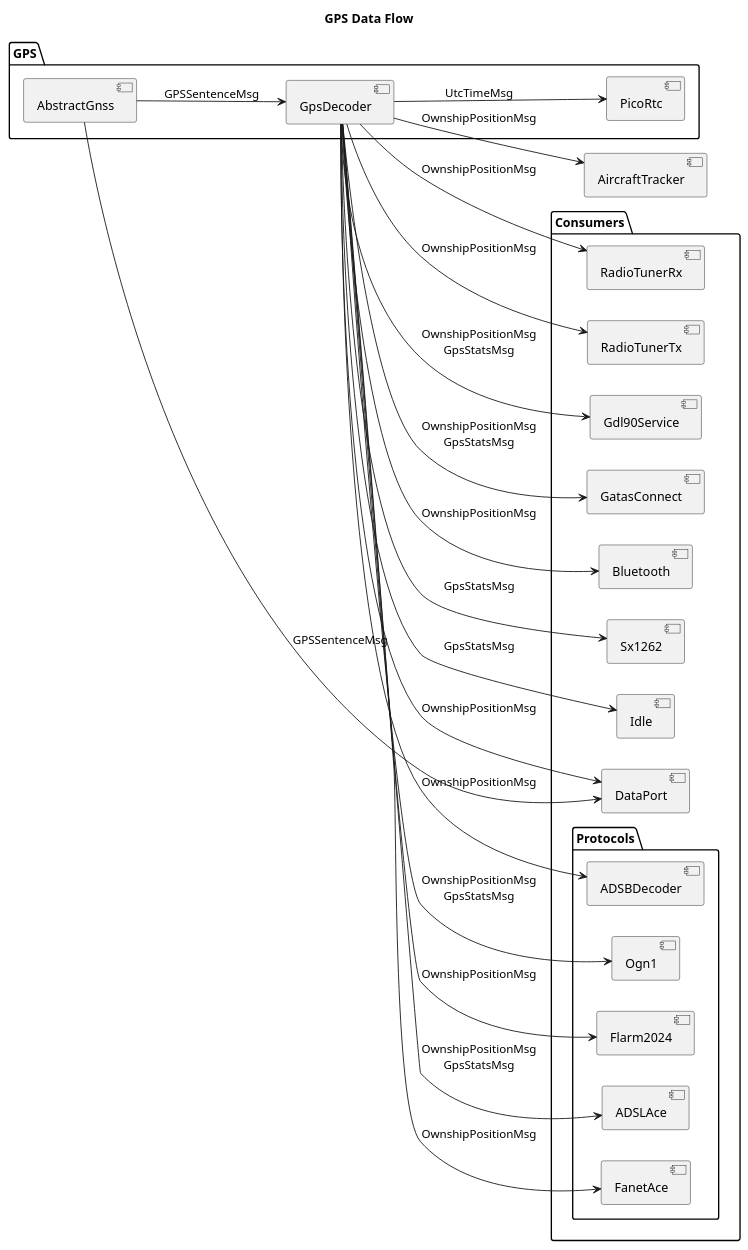
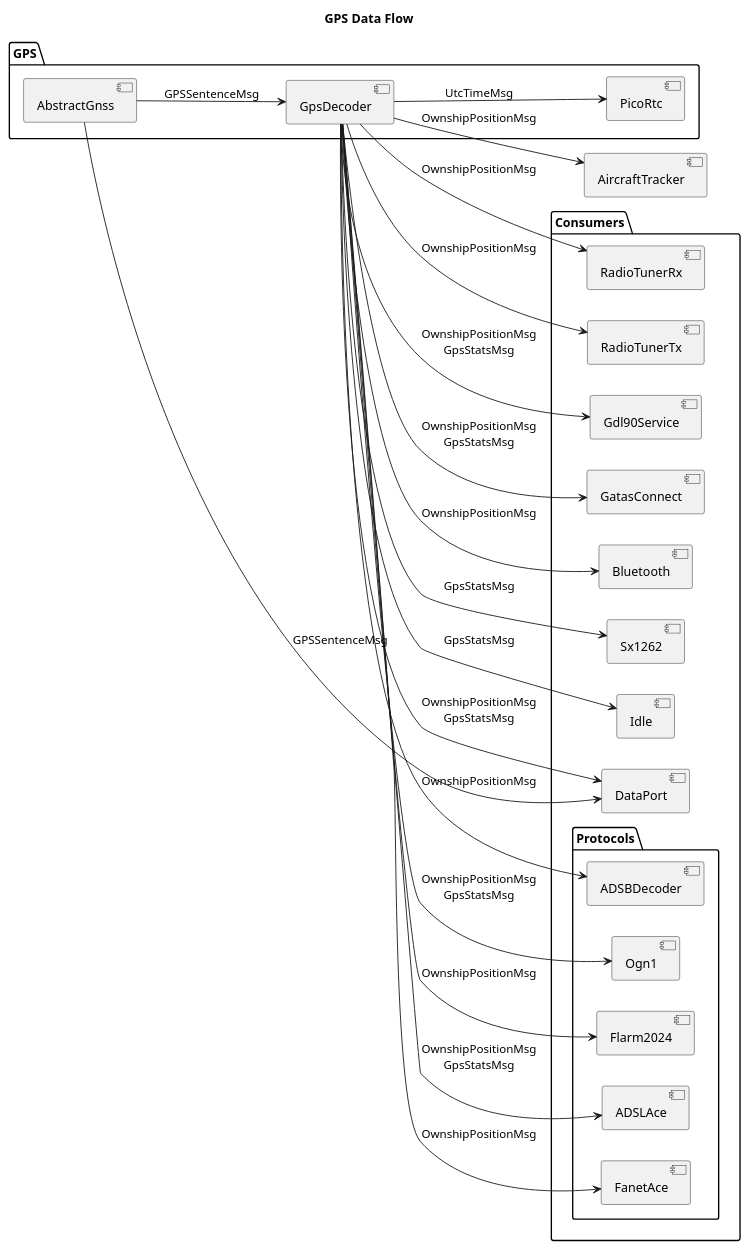
Before and after one commit to Duke306/openace: the second of 7 diagrams in doc/message-bus.md, drawn with PlantUML. The commit also changed other lines of this file and 9 other files, not shown here.

````diff
--- a/doc/message-bus.md
+++ b/doc/message-bus.md
@@ -121,55 +123,55 @@
 ```plantuml
 ' =====================================================================
 ' GPS DATA FLOW
 ' =====================================================================
 @startuml
 title GPS Data Flow
 
 left to right direction
 
 package "GPS" {
     [AbstractGnss]
     [GpsDecoder]
     [PicoRtc]
 }
 
 package "Consumers" {
     package "Protocols" {
         [Ogn1]
         [Flarm2024]
         [ADSLAce]
         [FanetAce]
         [ADSBDecoder]
     }
     [RadioTunerRx]
     [RadioTunerTx]
     [Gdl90Service]
     [DataPort]
     [GatasConnect]
     [Bluetooth]
     [Sx1262]
     [Idle]
 }
 
 [AbstractGnss] --> [GpsDecoder] : GPSSentenceMsg
 [GpsDecoder] --> [Ogn1] : OwnshipPositionMsg\nGpsStatsMsg
 [GpsDecoder] --> [Flarm2024] : OwnshipPositionMsg
 [GpsDecoder] --> [ADSLAce] : OwnshipPositionMsg\nGpsStatsMsg
 [GpsDecoder] --> [FanetAce] : OwnshipPositionMsg
 [GpsDecoder] --> [ADSBDecoder] : OwnshipPositionMsg
 [GpsDecoder] --> [AircraftTracker] : OwnshipPositionMsg
 [GpsDecoder] --> [RadioTunerRx] : OwnshipPositionMsg
 [GpsDecoder] --> [RadioTunerTx] : OwnshipPositionMsg
 [GpsDecoder] --> [Gdl90Service] : OwnshipPositionMsg\nGpsStatsMsg
-[GpsDecoder] --> [DataPort] : OwnshipPositionMsg
+[GpsDecoder] --> [DataPort] : OwnshipPositionMsg\nGpsStatsMsg
 [GpsDecoder] --> [GatasConnect] : OwnshipPositionMsg\nGpsStatsMsg
 [GpsDecoder] --> [Bluetooth] : OwnshipPositionMsg
 [GpsDecoder] --> [Sx1262] : GpsStatsMsg
 [GpsDecoder] --> [Idle] : GpsStatsMsg
 
 [GpsDecoder] --> [PicoRtc] : UtcTimeMsg
 
 [AbstractGnss] --> [DataPort] : GPSSentenceMsg
 
 @enduml
 ```
````
